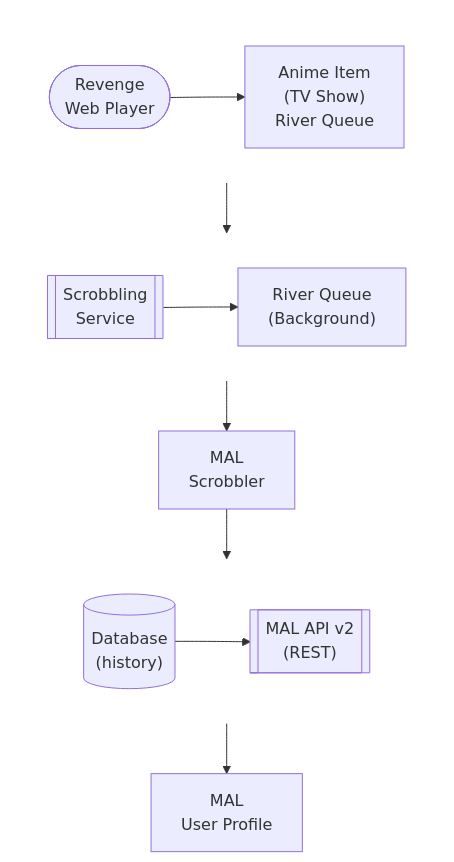
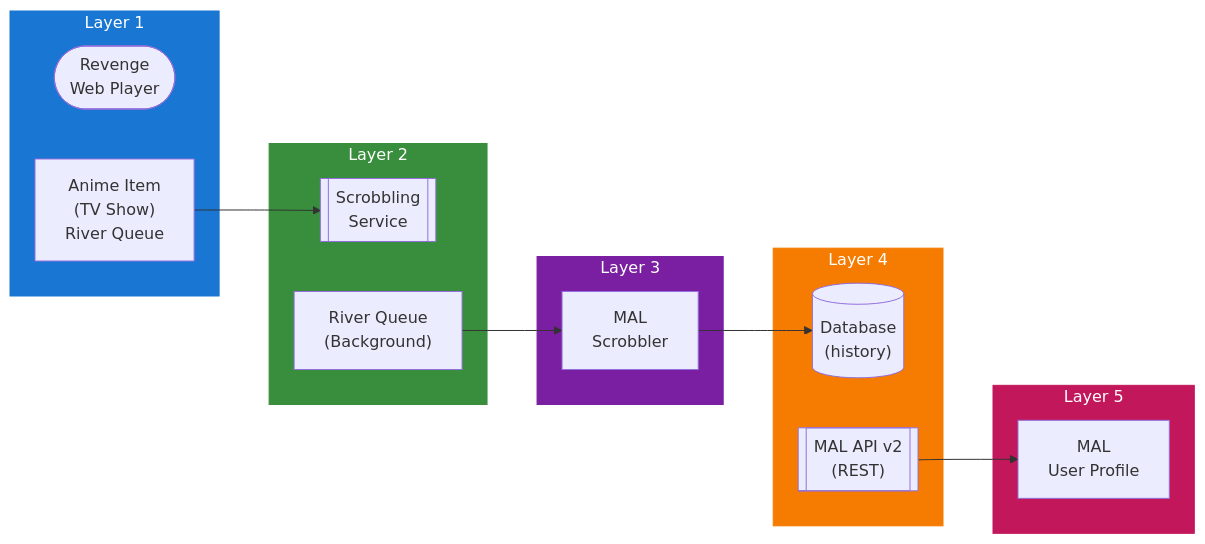
One commit to lusoris/revenge changed the diagram in docs/dev/design/integrations/anime/MYANIMELIST.md. Above: the diagram before and after it, drawn with Mermaid. The commit also changed 215 other files, not shown here.

First line of the commit message:
feat(diagrams): convert all ASCII diagrams to Mermaid with LR subgraphs

````diff
--- a/docs/dev/design/integrations/anime/MYANIMELIST.md
+++ b/docs/dev/design/integrations/anime/MYANIMELIST.md
@@ -63,32 +63,38 @@
 ```mermaid
-flowchart TD
-    subgraph row1[ ]
-        direction LR
+flowchart LR
+    subgraph Layer1["Layer 1"]
         node1(["Revenge<br/>Web Player"])
         node2["Anime Item<br/>(TV Show)<br/>River Queue"]
     end
-    subgraph row2[ ]
-        direction LR
+
+    subgraph Layer2["Layer 2"]
         node3[["Scrobbling<br/>Service"]]
         node4["River Queue<br/>(Background)"]
     end
-    node5["MAL<br/>Scrobbler"]
-    subgraph row3[ ]
-        direction LR
+
+    subgraph Layer3["Layer 3"]
+        node5["MAL<br/>Scrobbler"]
+    end
+
+    subgraph Layer4["Layer 4"]
         node6[("Database<br/>(history)")]
         node7[["MAL API v2<br/>(REST)"]]
     end
-    node8["MAL<br/>User Profile"]
-    node1 --> node2
-    node3 --> node4
-    node6 --> node7
+
+    subgraph Layer5["Layer 5"]
+        node8["MAL<br/>User Profile"]
+    end
+
+    %% Connections
     node2 --> node3
     node4 --> node5
     node5 --> node6
     node7 --> node8
 
-    %% Hide row subgraph borders
-    style row1 fill:transparent,stroke:transparent
-    style row2 fill:transparent,stroke:transparent
-    style row3 fill:transparent,stroke:transparent
+    %% Styling
+    style Layer1 fill:#1976D2,stroke:#1976D2,color:#fff
+    style Layer2 fill:#388E3C,stroke:#388E3C,color:#fff
+    style Layer3 fill:#7B1FA2,stroke:#7B1FA2,color:#fff
+    style Layer4 fill:#F57C00,stroke:#F57C00,color:#fff
+    style Layer5 fill:#C2185B,stroke:#C2185B,color:#fff
 ```
````
